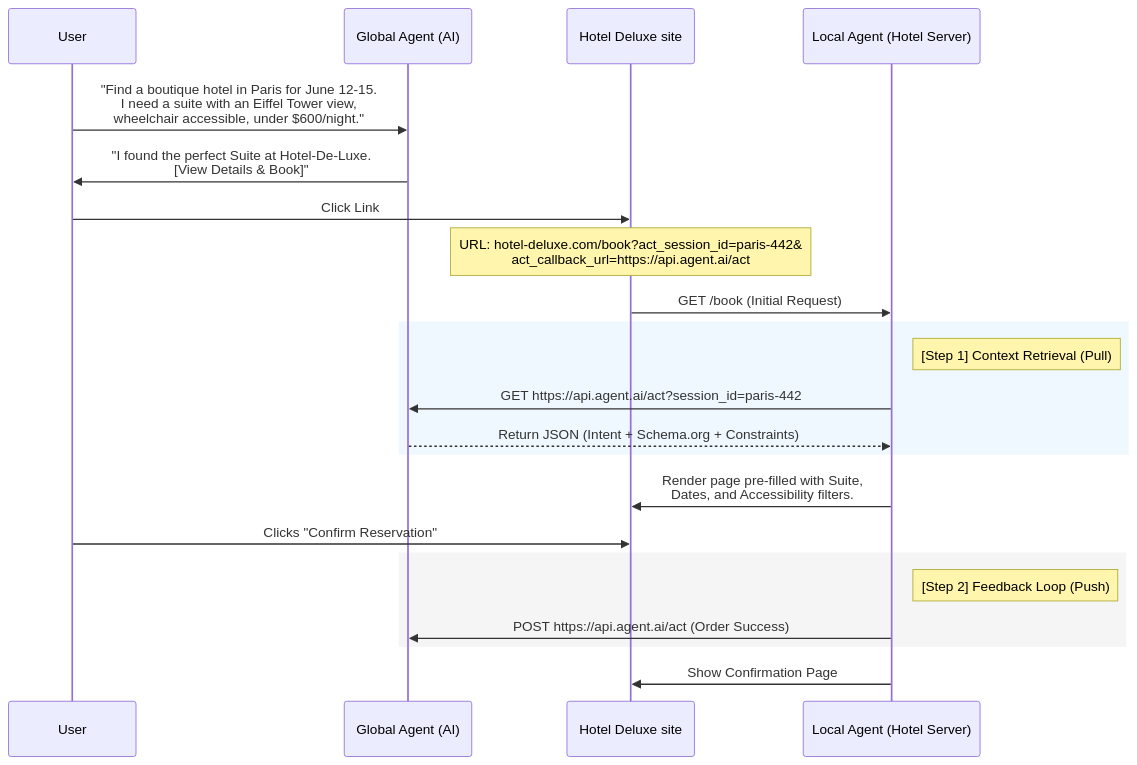
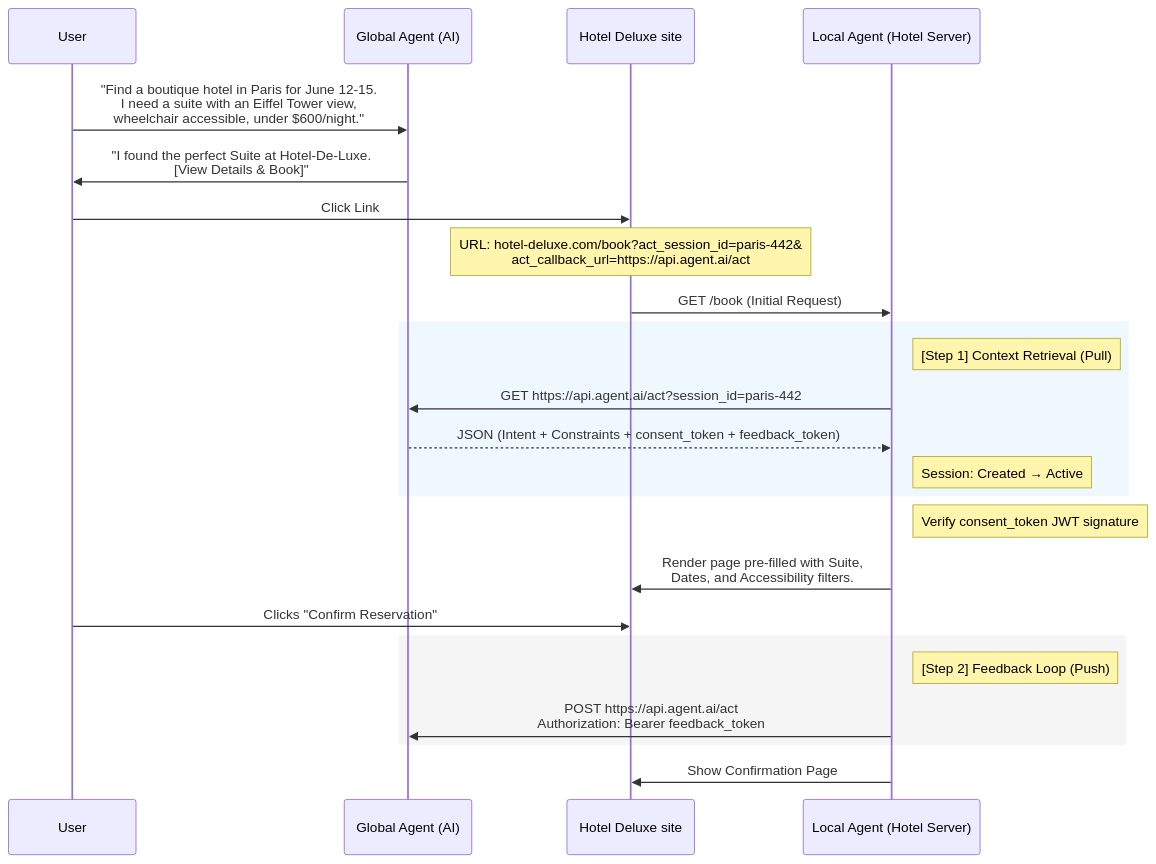
One commit to wix-incubator/ACT-Protocol--RFC changed the second of 2 diagrams in docs/proposal.md. Above: the diagram before and after it, drawn with Mermaid. The commit also changed other lines of this file and 1 other file, not shown here.

````diff
--- a/docs/proposal.md
+++ b/docs/proposal.md
@@ -326,42 +326,44 @@
 ```mermaid
 %%{init: {
   &#39;theme&#39;: &#39;base&#39;,
   &#39;themeVariables&#39;: {
     &#39;primaryColor&#39;: &#39;#f6f8fa&#39;,
     &#39;primaryTextColor&#39;: &#39;#24292f&#39;,
     &#39;primaryBorderColor&#39;: &#39;#d0d7de&#39;,
     &#39;lineColor&#39;: &#39;#8c959f&#39;,
     &#39;secondaryColor&#39;: &#39;#ffffff&#39;,
     &#39;tertiaryColor&#39;: &#39;#f6f8fa&#39;
   }
 }}%%
 sequenceDiagram
     participant User
     participant GlobalAgent as Global Agent (AI)
     participant Browser as Hotel Deluxe site
     participant LocalAgent as Local Agent (Hotel Server)
 
     User->>GlobalAgent: "Find a boutique hotel in Paris for June 12-15. <br>I need a suite with an Eiffel Tower view, <br>wheelchair accessible, under $600/night."
     GlobalAgent->>User: "I found the perfect Suite at Hotel-De-Luxe. <br>[View Details & Book]"
     
     User->>Browser: Click Link
     Note over Browser: URL: hotel-deluxe.com/book?act_session_id=paris-442&<br>act_callback_url=https://api.agent.ai/act
     
     Browser->>LocalAgent: GET /book (Initial Request)
     
     rect rgb(240, 248, 255)
     Note right of LocalAgent: [Step 1] Context Retrieval (Pull)
     LocalAgent->>GlobalAgent: GET https://api.agent.ai/act?session_id=paris-442
-    GlobalAgent-->>LocalAgent: Return JSON (Intent + Schema.org + Constraints)
+    GlobalAgent-->>LocalAgent: JSON (Intent + Constraints + consent_token + feedback_token)
+    Note right of LocalAgent: Session: Created → Active
     end
 
+    Note right of LocalAgent: Verify consent_token JWT signature
     LocalAgent->>Browser: Render page pre-filled with Suite, <br>Dates, and Accessibility filters.
     User->>Browser: Clicks "Confirm Reservation"
 
     rect rgb(245, 245, 245)
     Note right of LocalAgent: [Step 2] Feedback Loop (Push)
-    LocalAgent->>GlobalAgent: POST https://api.agent.ai/act (Order Success)
+    LocalAgent->>GlobalAgent: POST https://api.agent.ai/act<br>Authorization: Bearer feedback_token
     end
     
     LocalAgent->>Browser: Show Confirmation Page
 ```
````
